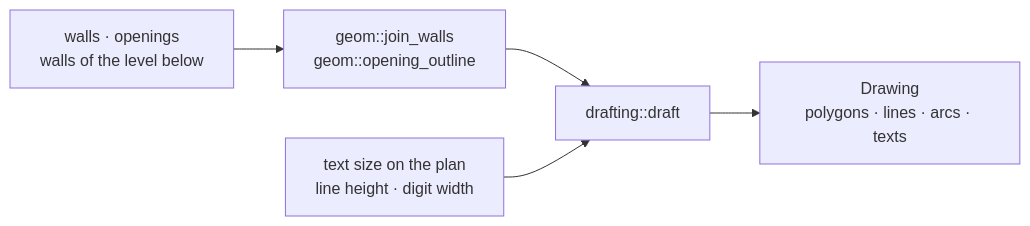
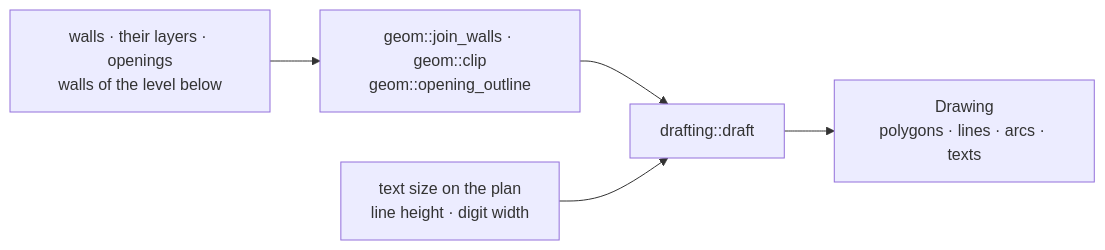
Before and after one commit to globallstudent/otves: the diagram in engine/drafting/README.md, drawn with Mermaid. The commit also changed other lines of this file and 53 other files, not shown here.

Commit message:
feat(engine): build walls from types made of layers

````diff
--- a/engine/drafting/README.md
+++ b/engine/drafting/README.md
@@ -5,7 +5,7 @@
 ```mermaid
 flowchart LR
-  W["walls · openings<br/>walls of the level below"] --> J["geom::join_walls<br/>geom::opening_outline"]
+  W["walls · their layers · openings<br/>walls of the level below"] --> J["geom::join_walls · geom::clip<br/>geom::opening_outline"]
   J --> D["drafting::draft"]
   T["text size on the plan<br/>line height · digit width"] --> D
   D --> L["Drawing<br/>polygons · lines · arcs · texts"]
 ```
````
